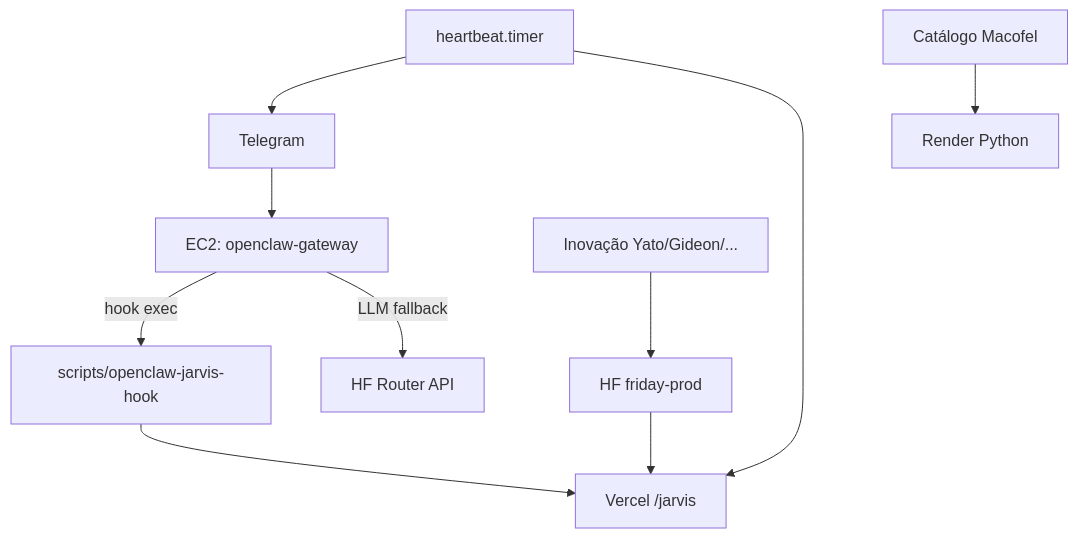
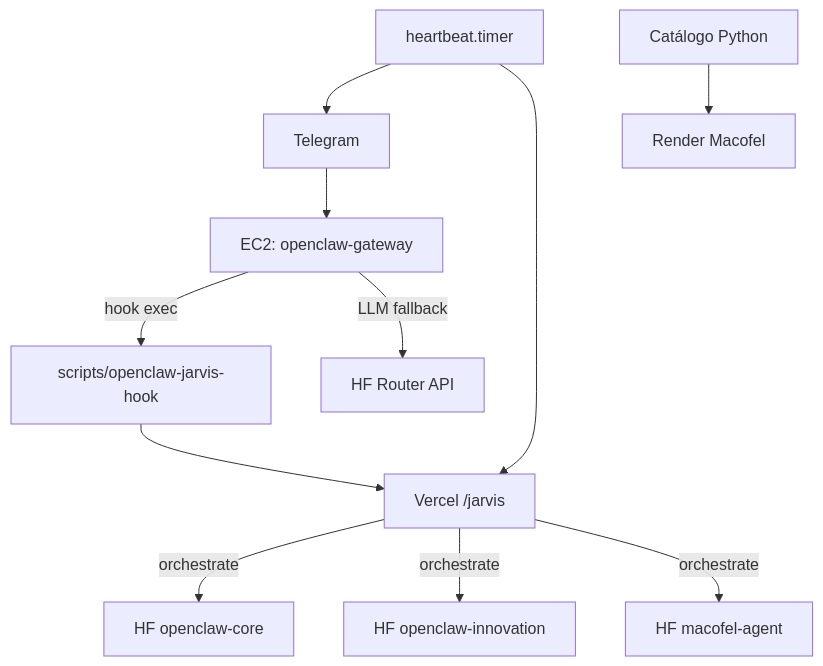
Before and after one commit to Aldebaran-LW/Agente_F.R.I.D.A.Y: the diagram in docs/EC2-MINIMAL.md, drawn with Mermaid. The commit also changed 8 other files, not shown here.

First line of the commit message:
fix(gateway): /run/{agent} no URL Macofel HF + smoke test

````diff
--- a/docs/EC2-MINIMAL.md
+++ b/docs/EC2-MINIMAL.md
@@ -19,12 +19,13 @@
 ```mermaid
 flowchart TB
   TG[Telegram] --> EC2[EC2: openclaw-gateway]
   EC2 -->|hook exec| JARVIS[scripts/openclaw-jarvis-hook]
   JARVIS --> VER[Vercel /jarvis]
   EC2 -->|LLM fallback| HF[HF Router API]
   HB[heartbeat.timer] --> TG
   HB --> VER
-  INOV[Inovação Yato/Gideon/...] --> FRI[HF friday-prod]
-  FRI --> VER
-  MAC[Catálogo Macofel] --> REN[Render Python]
+  VER -->|orchestrate| HFC[HF openclaw-core]
+  VER -->|orchestrate| HFI[HF openclaw-innovation]
+  VER -->|orchestrate| HFM[HF macofel-agent]
+  MAC[Catálogo Python] --> REN[Render Macofel]
 ```
````
